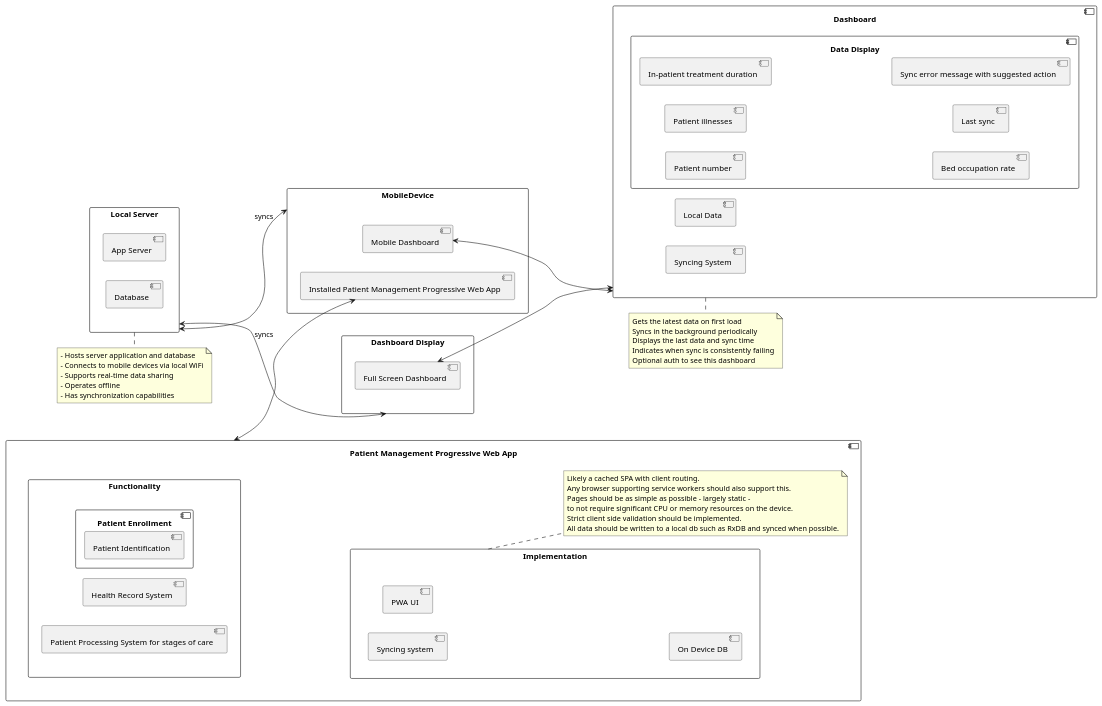
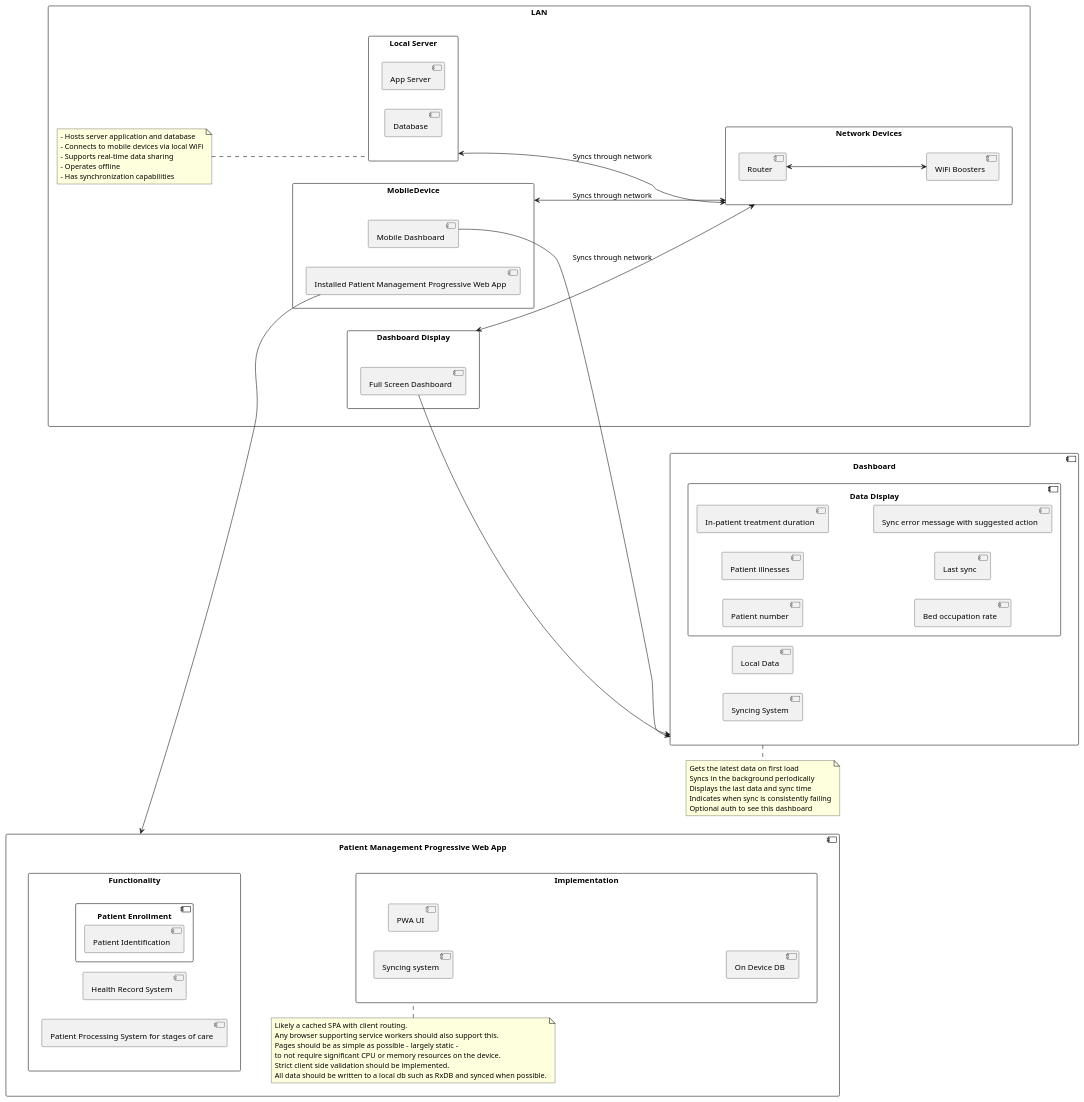
Before and after one commit to jcbashdown/case-study: the diagram in puml/constraint-solutions.puml, drawn with PlantUML. The commit also changed 1 other file, not shown here.

```diff
--- a/puml/constraint-solutions.puml
+++ b/puml/constraint-solutions.puml
@@ -1,88 +1,97 @@
 @startuml
 left to right direction
 skinparam componentStyle uml2
 skinparam packagestyle rectangle 
 
 together {
   component Dashboard {
     component "Local Data"
     component "Syncing System"
     component "Data Display" {
       component "Patient number"
       component "Patient illnesses"
       component "In-patient treatment duration"
       component "Bed occupation rate"
       component "Last sync"
       component "Sync error message with suggested action"
     }
   }
   note bottom of Dashboard 
     Gets the latest data on first load
     Syncs in the background periodically
     Displays the last data and sync time
     Indicates when sync is consistently failing
     Optional auth to see this dashboard
   end note
 }
 together {
-  package "Local Server" as LocalServer {
-    component "App Server"
-    component Database
+  package LAN {
+    package "Network Devices" as Network {
+      component Router
+      component "WiFi Boosters" as WiFiBoosters
+    }
+    package "Local Server" as LocalServer {
+      component "App Server"
+      component Database
+    }
+    package MobileDevice {
+      component "Mobile Dashboard" as MobileDashboard {
+      }
+      component "Installed Patient Management Progressive Web App" as InstalledPWA {
+      }
+    }
+    package "Dashboard Display" as DashboardDisplay {
+      component "Full Screen Dashboard" as FSDashboard {
+
+      }
+    }
+    note left of LocalServer
+      - Hosts server application and database
+      - Connects to mobile devices via local WiFi
+      - Supports real-time data sharing
+      - Operates offline
+      - Has synchronization capabilities
+    end note
   }
-  package MobileDevice {
-    component "Mobile Dashboard" as MobileDashboard {
-    }
-    component "Installed Patient Management Progressive Web App" as InstalledPWA {
-    }
-  }
-  package "Dashboard Display" as DashboardDisplay {
-    component "Full Screen Dashboard" as FSDashboard {
-
-    }
-  }
-  note bottom of LocalServer
-    - Hosts server application and database
-    - Connects to mobile devices via local WiFi
-    - Supports real-time data sharing
-    - Operates offline
-    - Has synchronization capabilities
-  end note
 
 }
 
 component "Patient Management Progressive Web App" as PWA {
   package Functionality {
     component "Patient Enrollment" {
       component "Patient Identification"
     }
     component "Health Record System"
     component "Patient Processing System for stages of care"
   }
   package Implementation {
     together {
       component "Syncing system"
       component "PWA UI" as UI
       component "On Device DB"
     }
   }
-  note right of Implementation 
+  note top of Implementation 
             Likely a cached SPA with client routing.
             Any browser supporting service workers should also support this.
             Pages should be as simple as possible - largely static - 
             to not require significant CPU or memory resources on the device.
             Strict client side validation should be implemented.
             All data should be written to a local db such as RxDB and synced when possible.
   end note
 }
 
-LocalServer <--> MobileDevice : syncs 
-LocalServer <--> DashboardDisplay : syncs
+
+Router <--> WiFiBoosters
+LocalServer <--> Network: Syncs through network 
+MobileDevice <--> Network: Syncs through network 
+DashboardDisplay <--> Network: Syncs through network 
 
 Implementation -[hidden]up-> Functionality
 
-FSDashboard <-down-> Dashboard
-MobileDashboard <-down-> Dashboard
-InstalledPWA <-up-> PWA
+FSDashboard -down-> Dashboard
+MobileDashboard -down-> Dashboard
+InstalledPWA -up-> PWA
 
 
 @enduml
```
